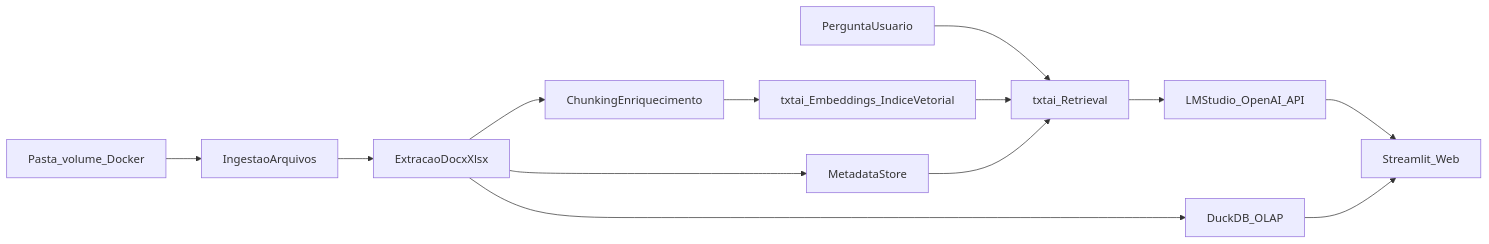
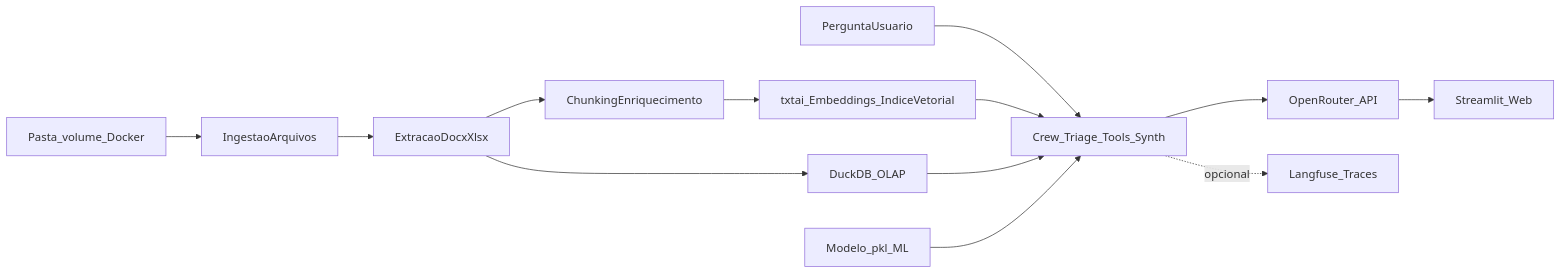
Before and after one commit to VL-in/Assistente_de_laboratorio: the diagram in .cursor/plans/20260429playbook_mvp_biotech.plan.md, drawn with Mermaid. The commit also changed other lines of this file and 16 other files, not shown here.

First line of the commit message:
feat: Langfuse (traces/sessões do chat), README e playbook sincronizados

````diff
--- a/.cursor/plans/20260429playbook_mvp_biotech.plan.md
+++ b/.cursor/plans/20260429playbook_mvp_biotech.plan.md
@@ -99,15 +121,15 @@
 ```mermaid
 flowchart LR
   localFolder[Pasta_volume_Docker] --> ingestao[IngestaoArquivos]
   ingestao --> extracao[ExtracaoDocxXlsx]
   extracao --> chunking[ChunkingEnriquecimento]
   chunking --> txtaiIndex[txtai_Embeddings_IndiceVetorial]
-  extracao --> metaStore[MetadataStore]
   extracao --> duckdbOlap[DuckDB_OLAP]
-  userQuery[PerguntaUsuario] --> retrieval[txtai_Retrieval]
-  txtaiIndex --> retrieval
-  metaStore --> retrieval
-  retrieval --> llmAnswer[LMStudio_OpenAI_API]
-  llmAnswer --> uiChat[Streamlit_Web]
-  duckdbOlap --> uiChat
+  userQuery[PerguntaUsuario] --> crew[Crew_Triage_Tools_Synth]
+  txtaiIndex --> crew
+  duckdbOlap --> crew
+  mlPkl[Modelo_pkl_ML] --> crew
+  crew --> openrouter[OpenRouter_API]
+  openrouter --> uiChat[Streamlit_Web]
+  crew -.opcional.-> langfuse[Langfuse_Traces]
 ```
````
